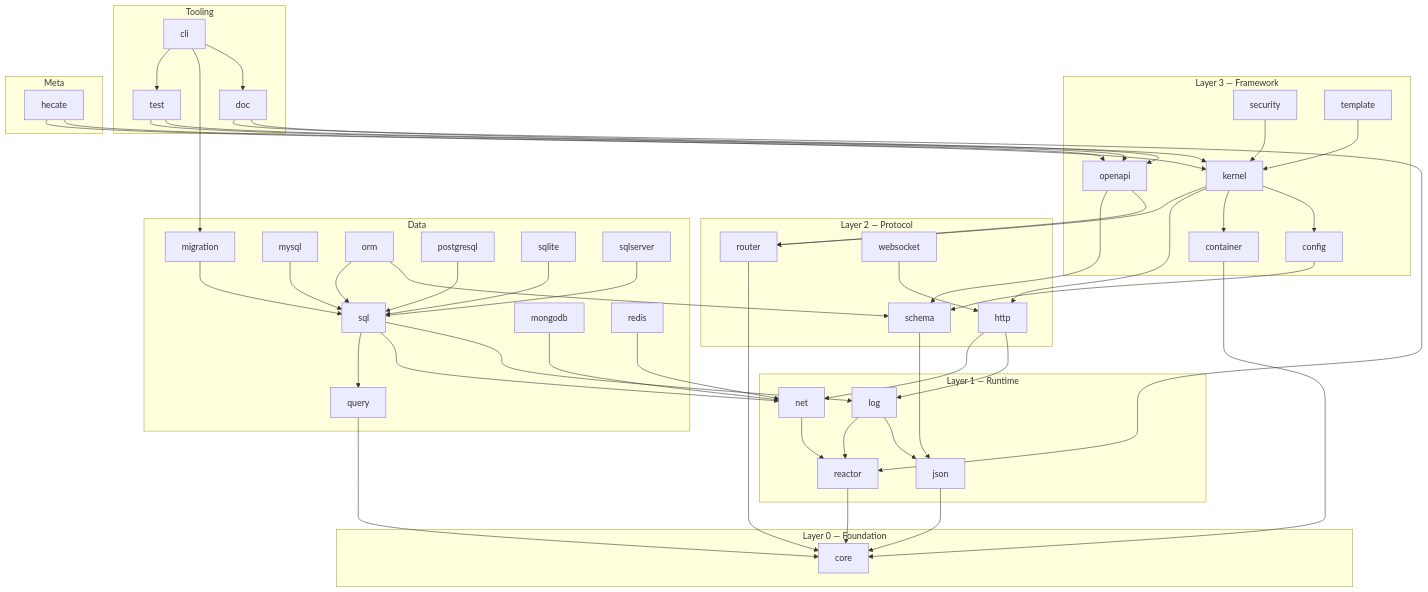
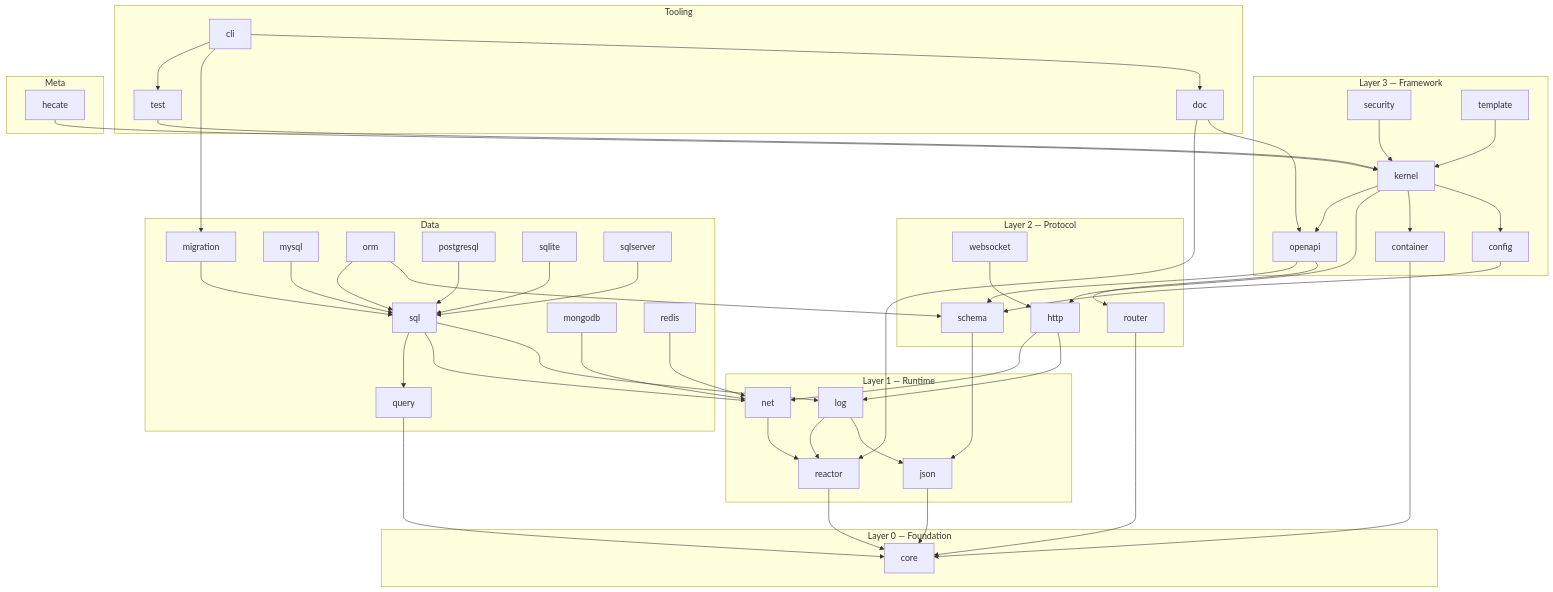
Before and after one commit to hecate-framework/hecate: the first of 2 diagrams in docs/architecture/overview.md, drawn with Mermaid. The commit also changed 12 other files, not shown here.

First line of the commit message:
feat(kernel): serve the OpenAPI document directly; kernel depends on openapi (OQ-134)

````diff
--- a/docs/architecture/overview.md
+++ b/docs/architecture/overview.md
@@ -10,60 +10,58 @@
 ```mermaid
 flowchart TB
   subgraph L0[Layer 0 — Foundation]
     core
   end
   subgraph L1[Layer 1 — Runtime]
     json --> core
     log --> json
     log --> reactor
     net --> reactor
     reactor --> core
   end
   subgraph L2[Layer 2 — Protocol]
     http --> log
     http --> net
     router --> core
     schema --> json
     websocket --> http
   end
   subgraph L3[Layer 3 — Framework]
     config --> schema
     container --> core
     kernel --> config
     kernel --> container
     kernel --> http
-    kernel --> router
+    kernel --> openapi
     openapi --> router
     openapi --> schema
     security --> kernel
     template --> kernel
   end
   subgraph D[Data]
     migration --> sql
     mongodb --> net
     mysql --> sql
     orm --> schema
     orm --> sql
     postgresql --> sql
     query --> core
     redis --> net
     sql --> log
     sql --> net
     sql --> query
     sqlite --> sql
     sqlserver --> sql
   end
   subgraph T[Tooling]
     cli --> doc
     cli --> migration
     cli --> test
     doc --> openapi
     doc --> reactor
     test --> kernel
-    test --> openapi
   end
   subgraph M[Meta]
     hecate --> kernel
-    hecate --> openapi
   end
 ```
````
